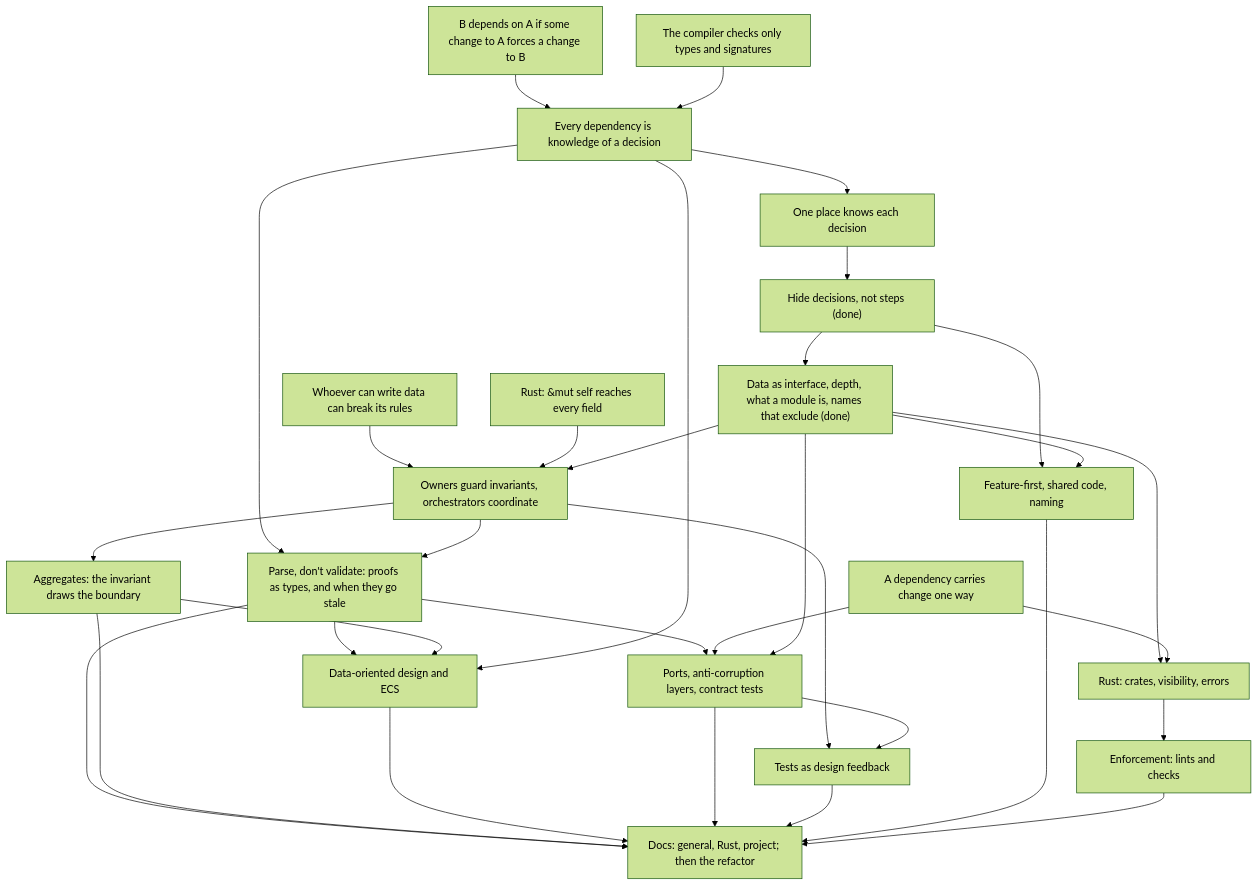
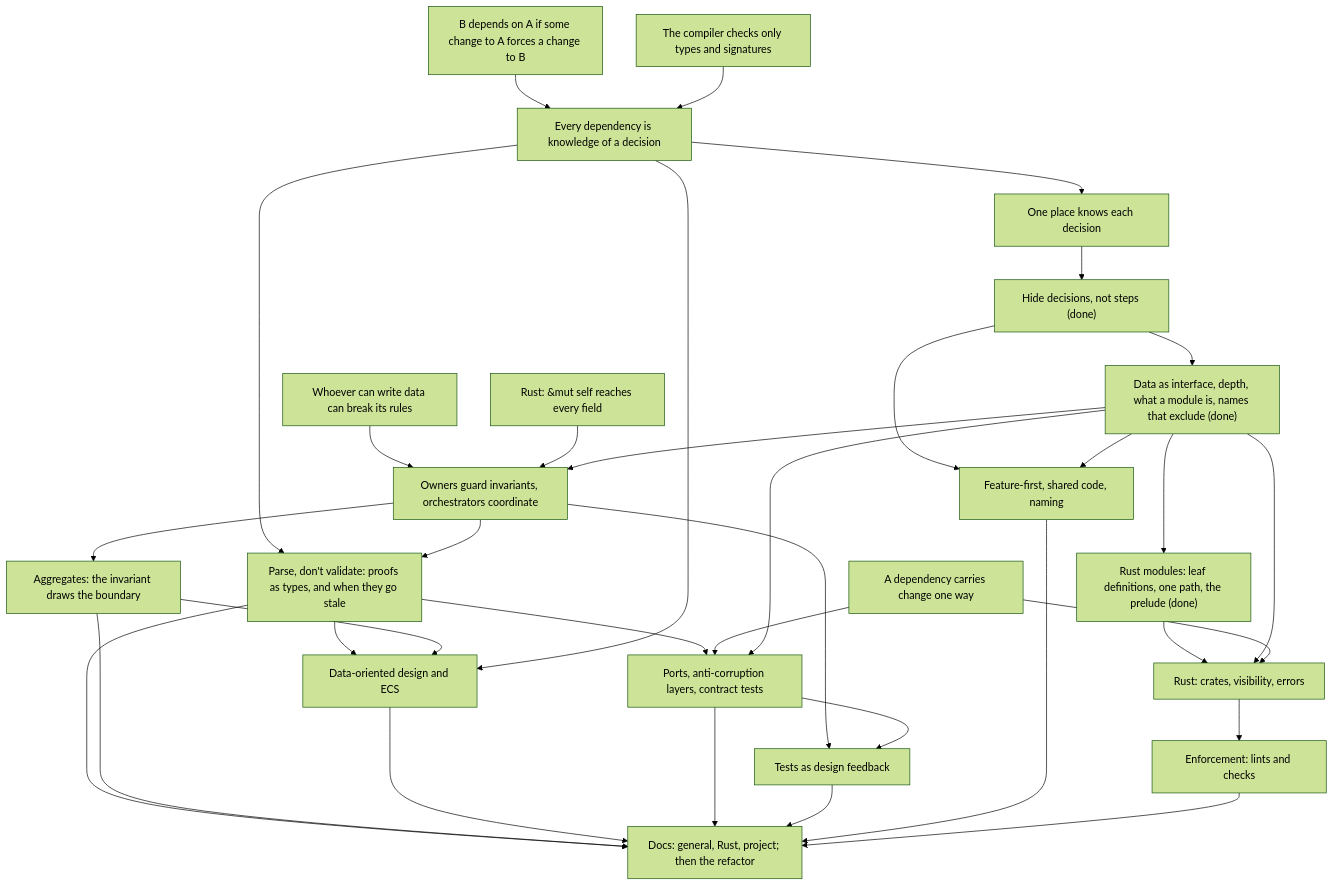
Before and after one commit to EMachad0/CardGameEngine: the diagram in docs/course/architecture/COURSE.md, drawn with Mermaid (forest theme). The commit also changed other lines of this file and 2 other files, not shown here.

Commit message:
Close architecture session 01e: refactor as AFK tickets, seven merged; Rust module layout and one path per definition; session log; prepare 02 log

````diff
--- a/docs/course/architecture/COURSE.md
+++ b/docs/course/architecture/COURSE.md
@@ -389,55 +416,58 @@
 ```mermaid
 graph TD
   U1["B depends on A if some change to A forces a change to B"]
   U2["The compiler checks only types and signatures"]
   R1["Every dependency is knowledge of a decision"]
   OP["One place knows each decision"]
   R2["Whoever can write data can break its rules"]
   R3["A dependency carries change one way"]
   R4["Rust: &mut self reaches every field"]
 
   H["Hide decisions, not steps (done)"]
   D["Data as interface, depth, what a module is, names that exclude (done)"]
   O["Owners guard invariants, orchestrators coordinate"]
   A["Aggregates: the invariant draws the boundary"]
   PDV["Parse, don't validate: proofs as types, and when they go stale"]
   DOD["Data-oriented design and ECS"]
   P["Ports, anti-corruption layers, contract tests"]
   T["Tests as design feedback"]
   F["Feature-first, shared code, naming"]
+  RM["Rust modules: leaf definitions, one path, the prelude (done)"]
   RS["Rust: crates, visibility, errors"]
   E["Enforcement: lints and checks"]
   DOCS["Docs: general, Rust, project; then the refactor"]
 
   U1-->R1
   U2-->R1
   R1-->OP
   OP-->H
   H-->D
   R2-->O
   R4-->O
   D-->O
   O-->A
   R1-->PDV
   O-->PDV
   PDV-->DOD
   PDV-->P
   PDV-->DOCS
   A-->DOD
   R1-->DOD
   R3-->P
   D-->P
   O-->T
   P-->T
   H-->F
   D-->F
+  D-->RM
+  RM-->RS
   D-->RS
   R3-->RS
   RS-->E
   A-->DOCS
   DOD-->DOCS
   P-->DOCS
   T-->DOCS
   F-->DOCS
   E-->DOCS
 ```
````
